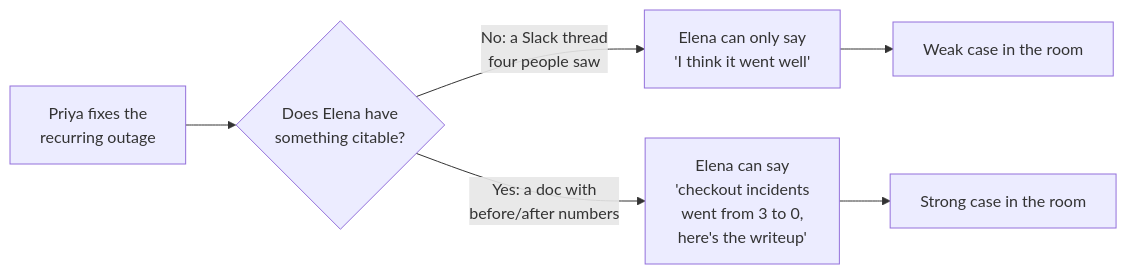
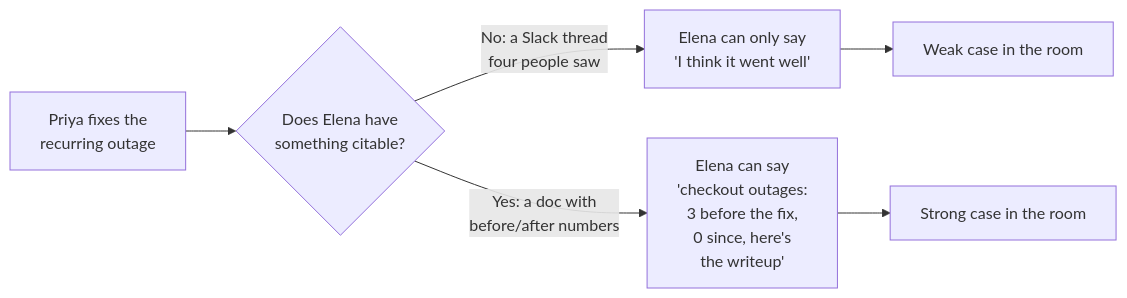
Before and after one commit to francoandreDev/knowledge: the diagram in src/content/business-communication/visibility-self-promotion/L2-concept.mdx, drawn with Mermaid. The commit also changed other lines of this file and 3 other files, not shown here.

````diff
--- a/src/content/business-communication/visibility-self-promotion/L2-concept.mdx
+++ b/src/content/business-communication/visibility-self-promotion/L2-concept.mdx
@@ -31,8 +37,8 @@
 ```mermaid
 flowchart LR
     A["Priya fixes the\nrecurring outage"] --> B{"Does Elena have\nsomething citable?"}
     B -- "No: a Slack thread\nfour people saw" --> C["Elena can only say\n'I think it went well'"]
-    B -- "Yes: a doc with\nbefore/after numbers" --> D["Elena can say\n'checkout incidents\nwent from 3 to 0,\nhere's the writeup'"]
+    B -- "Yes: a doc with\nbefore/after numbers" --> D["Elena can say\n'checkout outages:\n3 before the fix,\n0 since, here's\nthe writeup'"]
     C --> E["Weak case in the room"]
     D --> F["Strong case in the room"]
 ```
````
